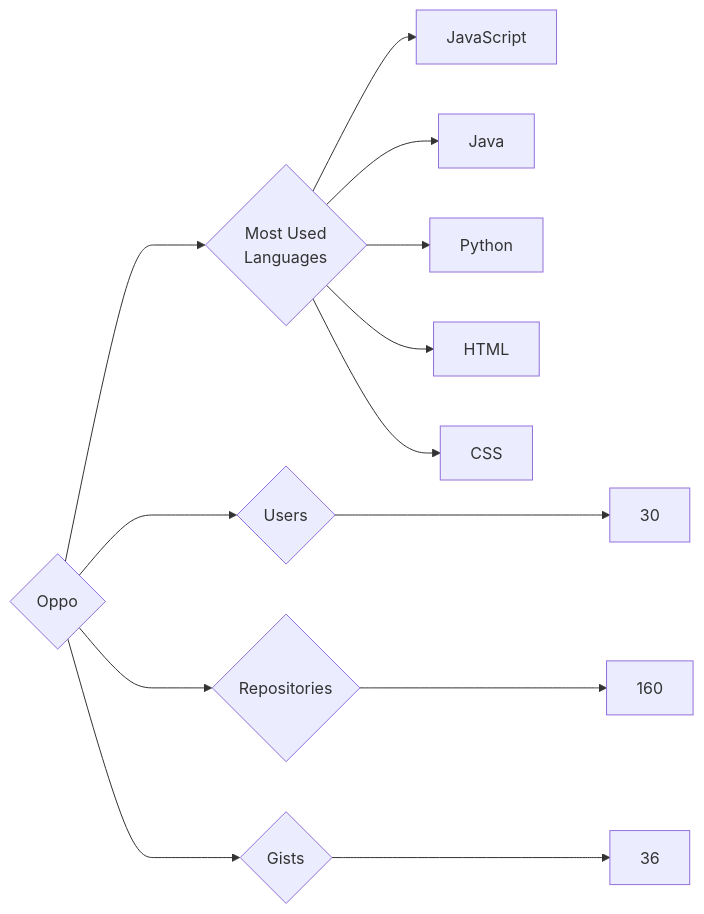
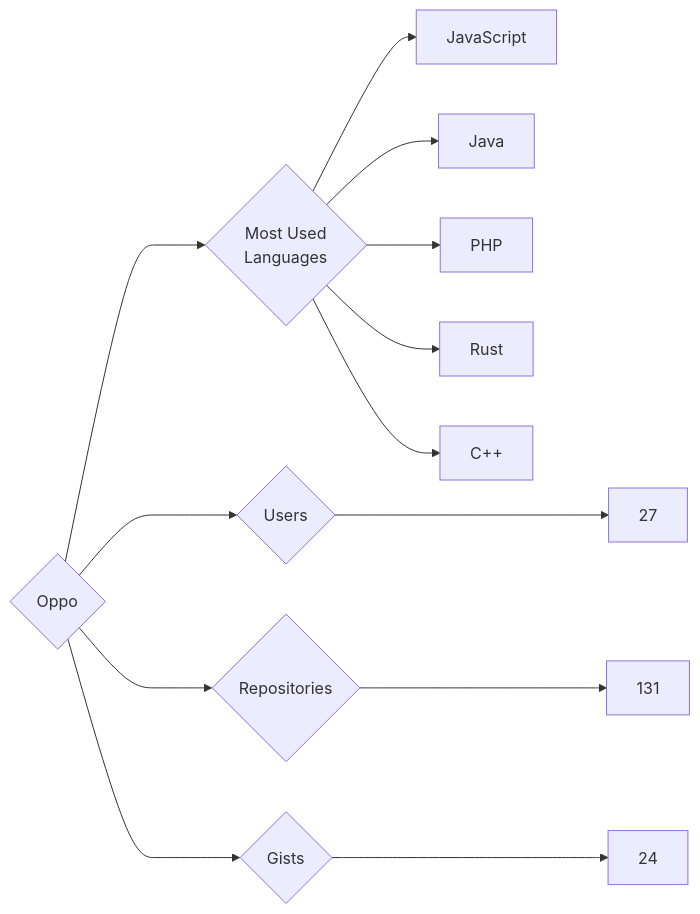
The diagram in targets/Oppo/README.md (trickest/insiders), drawn with Mermaid before and after one commit. The commit also changed 955 other files, not shown here.

````diff
--- a/targets/Oppo/README.md
+++ b/targets/Oppo/README.md
@@ -3,13 +3,13 @@
 ```mermaid
 graph LR
 COMPANY_NAME{Oppo}
-COMPANY_NAME ---> U{Users} ---> UN[30]
-COMPANY_NAME ---> R{Repositories} ---> RN[160]
-COMPANY_NAME ---> G{Gists} ---> GN[36]
+COMPANY_NAME ---> U{Users} ---> UN[27]
+COMPANY_NAME ---> R{Repositories} ---> RN[131]
+COMPANY_NAME ---> G{Gists} ---> GN[24]
 COMPANY_NAME ---> ML{Most Used<br>Languages}
 ML --> JavaScript[JavaScript]
 ML --> Java[Java]
-ML --> Python[Python]
-ML --> HTML[HTML]
-ML --> CSS[CSS]
+ML --> PHP[PHP]
+ML --> Rust[Rust]
+ML --> C++[C++]
 ```
````
